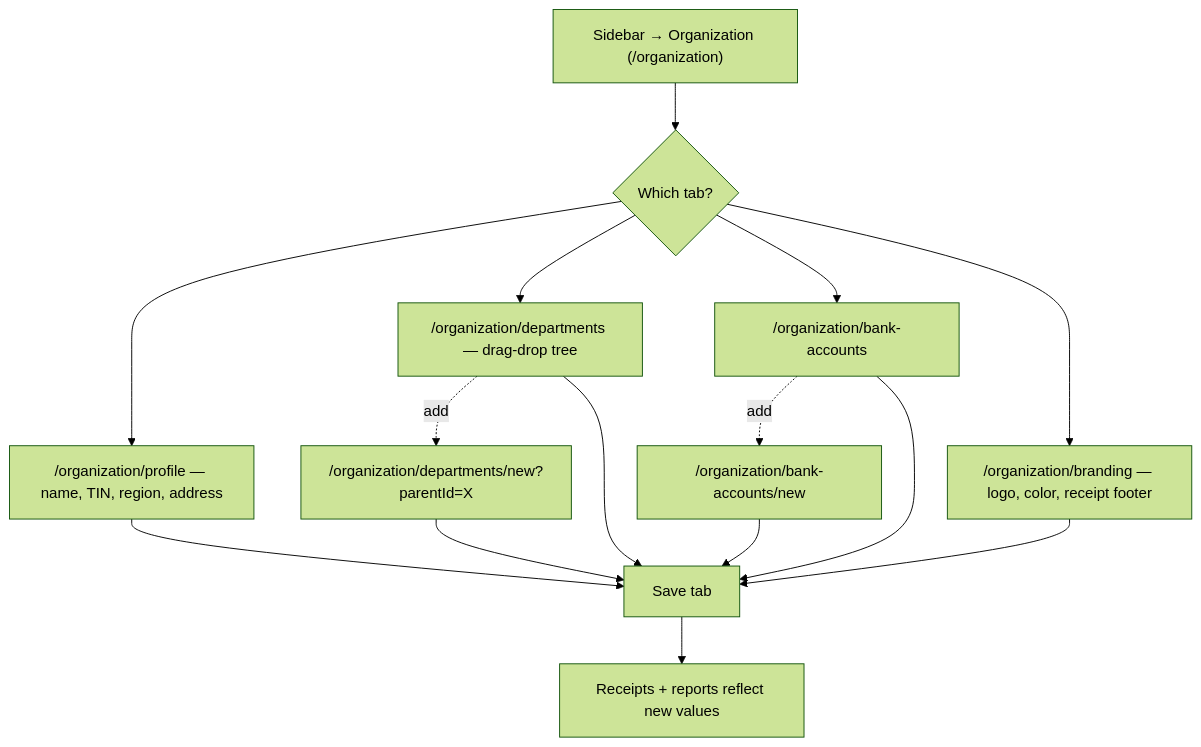
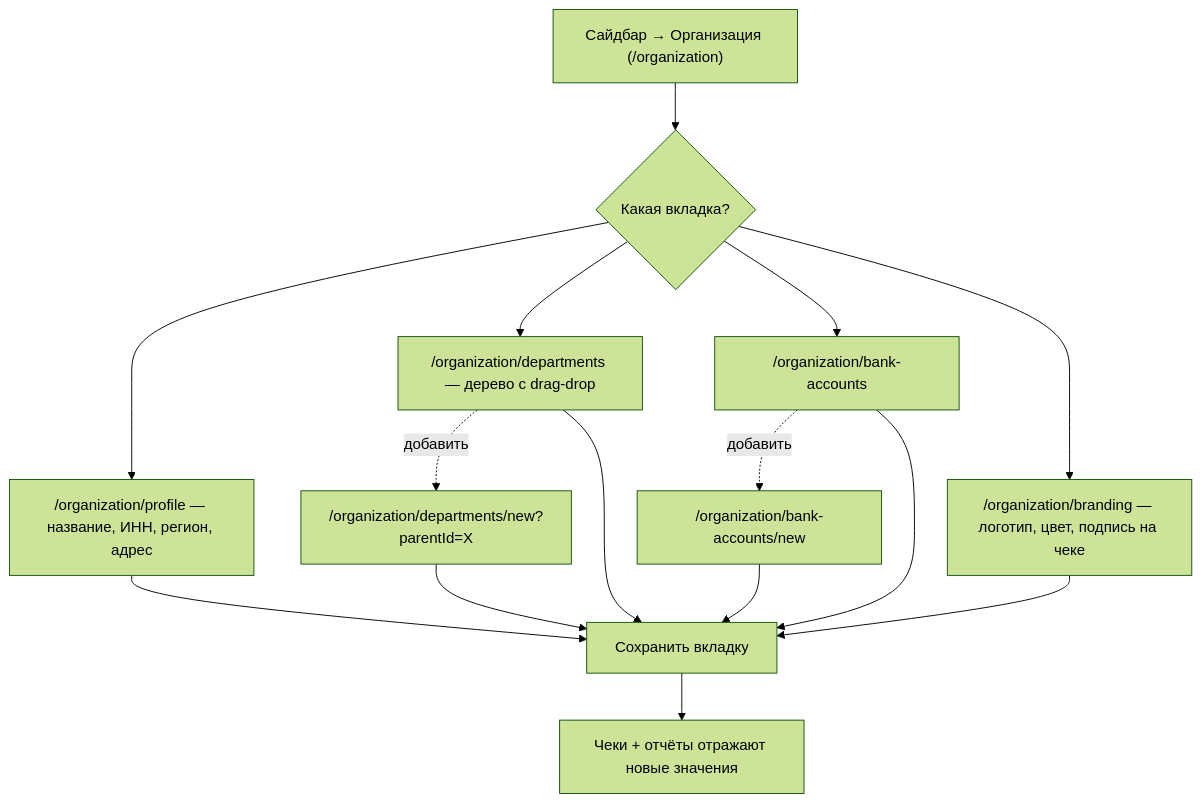
Before and after one commit to SardorAllaberganov/unipay-dashboard: the sixth of 19 diagrams in docs/USER_FLOWS_BY_ROLE.md, drawn with Mermaid (forest theme). The commit also changed other lines of this file and 1 other file, not shown here.

First line of the commit message:
docs: translate IA + role-flow docs to Russian

````diff
--- a/docs/USER_FLOWS_BY_ROLE.md
+++ b/docs/USER_FLOWS_BY_ROLE.md
@@ -248,17 +248,17 @@
 ```mermaid
 flowchart TD
-  A["Sidebar → Organization (/organization)"] --> B{Which tab?}
-  B --> C["/organization/profile — name, TIN, region, address"]
-  B --> D["/organization/departments — drag-drop tree"]
+  A["Сайдбар → Организация (/organization)"] --> B{Какая вкладка?}
+  B --> C["/organization/profile — название, ИНН, регион, адрес"]
+  B --> D["/organization/departments — дерево с drag-drop"]
   B --> E["/organization/bank-accounts"]
-  B --> F["/organization/branding — logo, color, receipt footer"]
-  D -.add.-> D1["/organization/departments/new?parentId=X"]
-  E -.add.-> E1["/organization/bank-accounts/new"]
-  C --> Save[Save tab]
+  B --> F["/organization/branding — логотип, цвет, подпись на чеке"]
+  D -.добавить.-> D1["/organization/departments/new?parentId=X"]
+  E -.добавить.-> E1["/organization/bank-accounts/new"]
+  C --> Save[Сохранить вкладку]
   D --> Save
   E --> Save
   F --> Save
   D1 --> Save
   E1 --> Save
-  Save --> Done[Receipts + reports reflect new values]
+  Save --> Done[Чеки + отчёты отражают новые значения]
 ```
````
